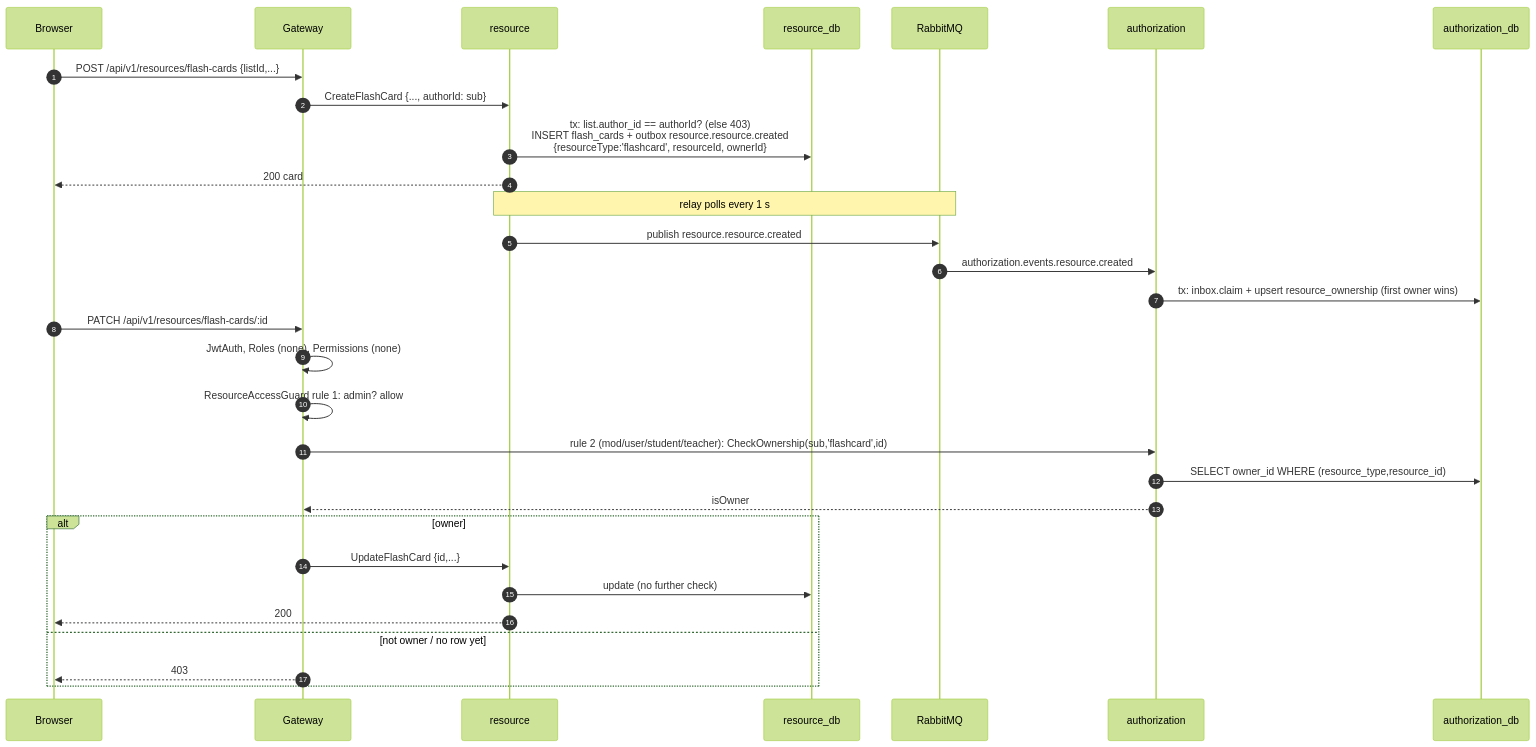
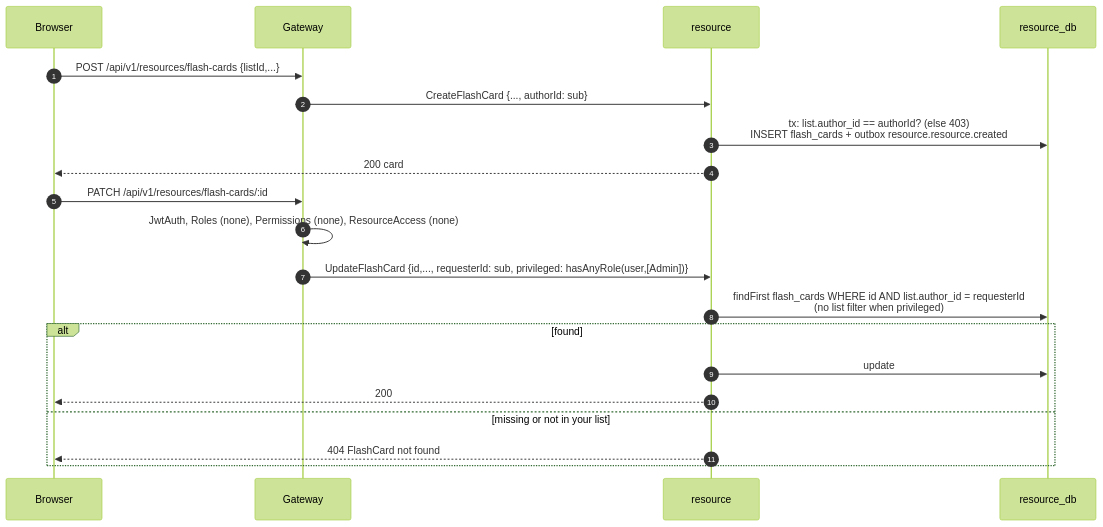
Before and after one commit to HDkit/meowlish: the second of 2 diagrams in docs/architecture/authorization.md, drawn with Mermaid (forest theme). The commit also changed other lines of this file and 13 other files, not shown here.

First line of the commit message:
fix(resource): check flash card ownership in the service

````diff
--- a/docs/architecture/authorization.md
+++ b/docs/architecture/authorization.md
@@ -286,34 +285,24 @@
 ```mermaid
 sequenceDiagram
   autonumber
   participant B as Browser
   participant G as Gateway
   participant RS as resource
   participant RDB as resource_db
-  participant MQ as RabbitMQ
-  participant AZ as authorization
-  participant ADB as authorization_db
 
   B->>G: POST /api/v1/resources/flash-cards {listId,...}
   G->>RS: CreateFlashCard {..., authorId: sub}
-  RS->>RDB: tx: list.author_id == authorId? (else 403)<br/>INSERT flash_cards + outbox resource.resource.created<br/>{resourceType:'flashcard', resourceId, ownerId}
+  RS->>RDB: tx: list.author_id == authorId? (else 403)<br/>INSERT flash_cards + outbox resource.resource.created
   RS-->>B: 200 card
-  Note over RS,MQ: relay polls every 1 s
-  RS->>MQ: publish resource.resource.created
-  MQ->>AZ: authorization.events.resource.created
-  AZ->>ADB: tx: inbox.claim + upsert resource_ownership (first owner wins)
 
   B->>G: PATCH /api/v1/resources/flash-cards/:id
-  G->>G: JwtAuth, Roles (none), Permissions (none)
-  G->>G: ResourceAccessGuard rule 1: admin? allow
-  G->>AZ: rule 2 (mod/user/student/teacher): CheckOwnership(sub,'flashcard',id)
-  AZ->>ADB: SELECT owner_id WHERE (resource_type,resource_id)
-  AZ-->>G: isOwner
-  alt owner
-    G->>RS: UpdateFlashCard {id,...}
-    RS->>RDB: update (no further check)
+  G->>G: JwtAuth, Roles (none), Permissions (none), ResourceAccess (none)
+  G->>RS: UpdateFlashCard {id,..., requesterId: sub, privileged: hasAnyRole(user,[Admin])}
+  RS->>RDB: findFirst flash_cards WHERE id AND list.author_id = requesterId<br/>(no list filter when privileged)
+  alt found
+    RS->>RDB: update
     RS-->>B: 200
-  else not owner / no row yet
-    G-->>B: 403
+  else missing or not in your list
+    RS-->>B: 404 FlashCard not found
   end
 ```
````
